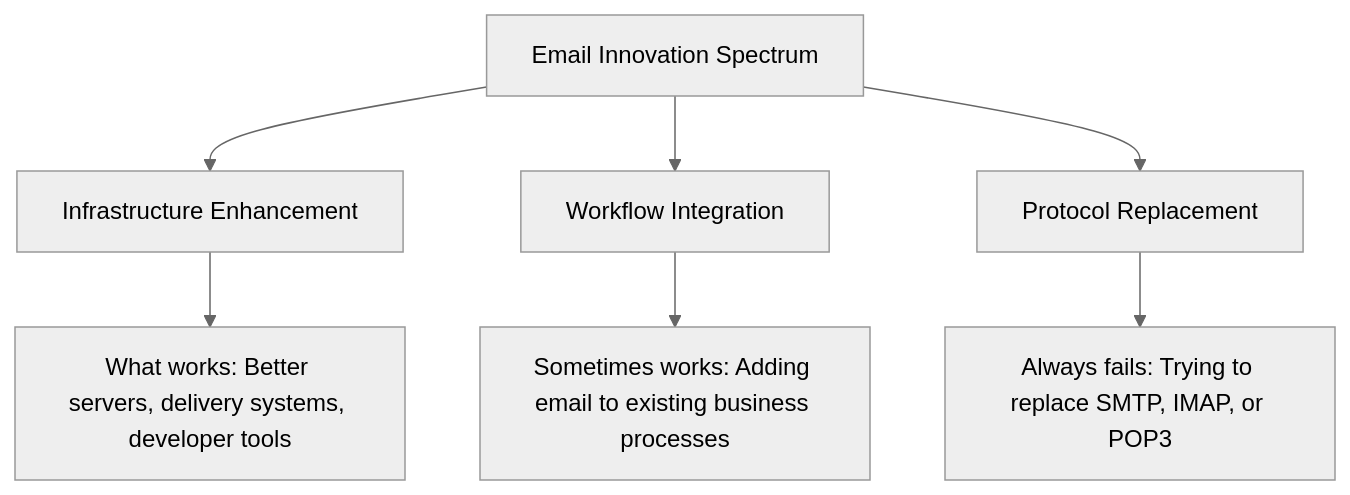
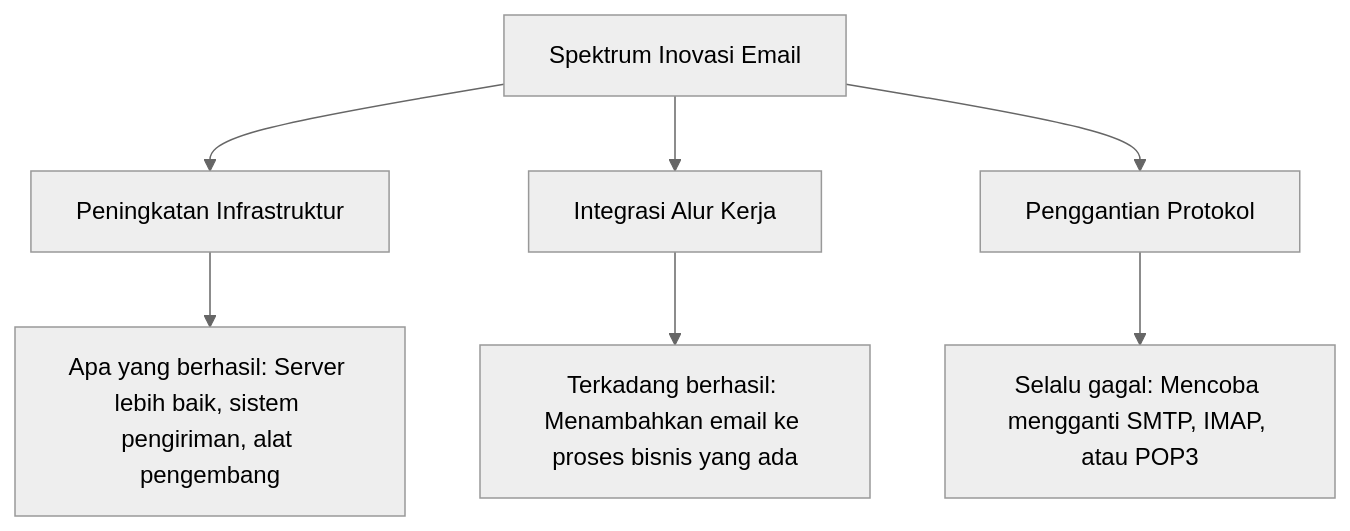
Before and after one commit to forwardemail/forwardemail.net: the seventh of 10 diagrams in app/views/docs/email-startup-graveyard-why-80-percent-email-companies-fail/index-id.md, drawn with Mermaid (neutral theme). The commit also changed other lines of this file and 1055 other files, not shown here.

````diff
--- a/app/views/docs/email-startup-graveyard-why-80-percent-email-companies-fail/index-id.md
+++ b/app/views/docs/email-startup-graveyard-why-80-percent-email-companies-fail/index-id.md
@@ -558,10 +562,10 @@
 ```mermaid
 graph TD
-    A[Email Innovation Spectrum] --> B[Infrastructure Enhancement]
-    A --> C[Workflow Integration]
-    A --> D[Protocol Replacement]
+    A[Spektrum Inovasi Email] --> B[Peningkatan Infrastruktur]
+    A --> C[Integrasi Alur Kerja]
+    A --> D[Penggantian Protokol]
 
-    B --> E[What works: Better servers, delivery systems, developer tools]
-    C --> F[Sometimes works: Adding email to existing business processes]
-    D --> G[Always fails: Trying to replace SMTP, IMAP, or POP3]
+    B --> E[Apa yang berhasil: Server lebih baik, sistem pengiriman, alat pengembang]
+    C --> F[Terkadang berhasil: Menambahkan email ke proses bisnis yang ada]
+    D --> G[Selalu gagal: Mencoba mengganti SMTP, IMAP, atau POP3]
 ```
````
